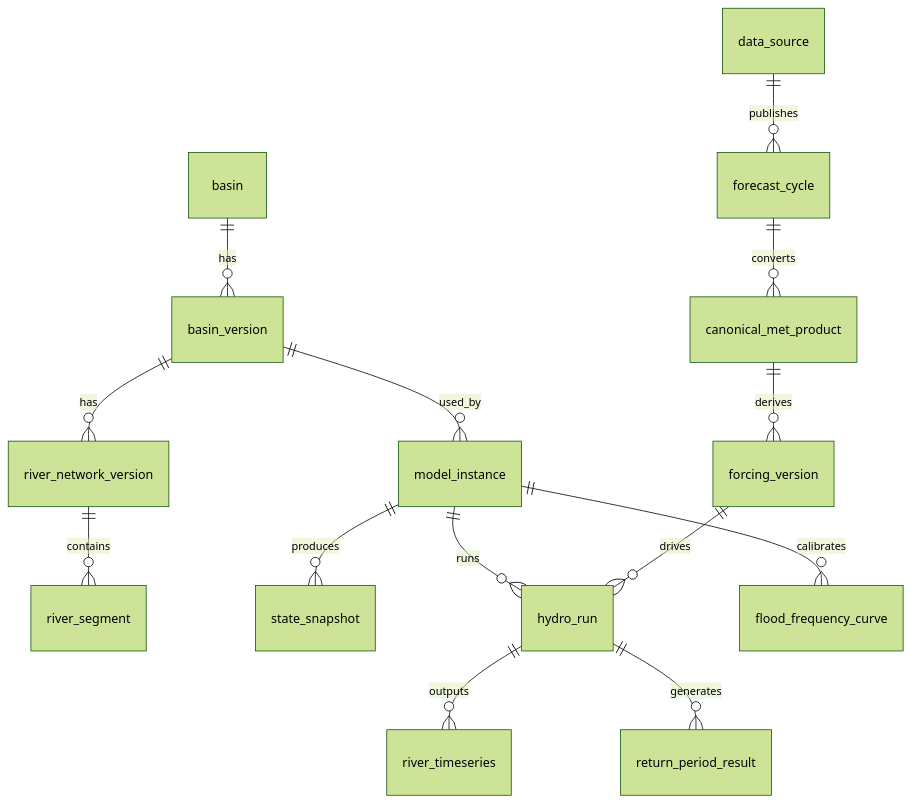
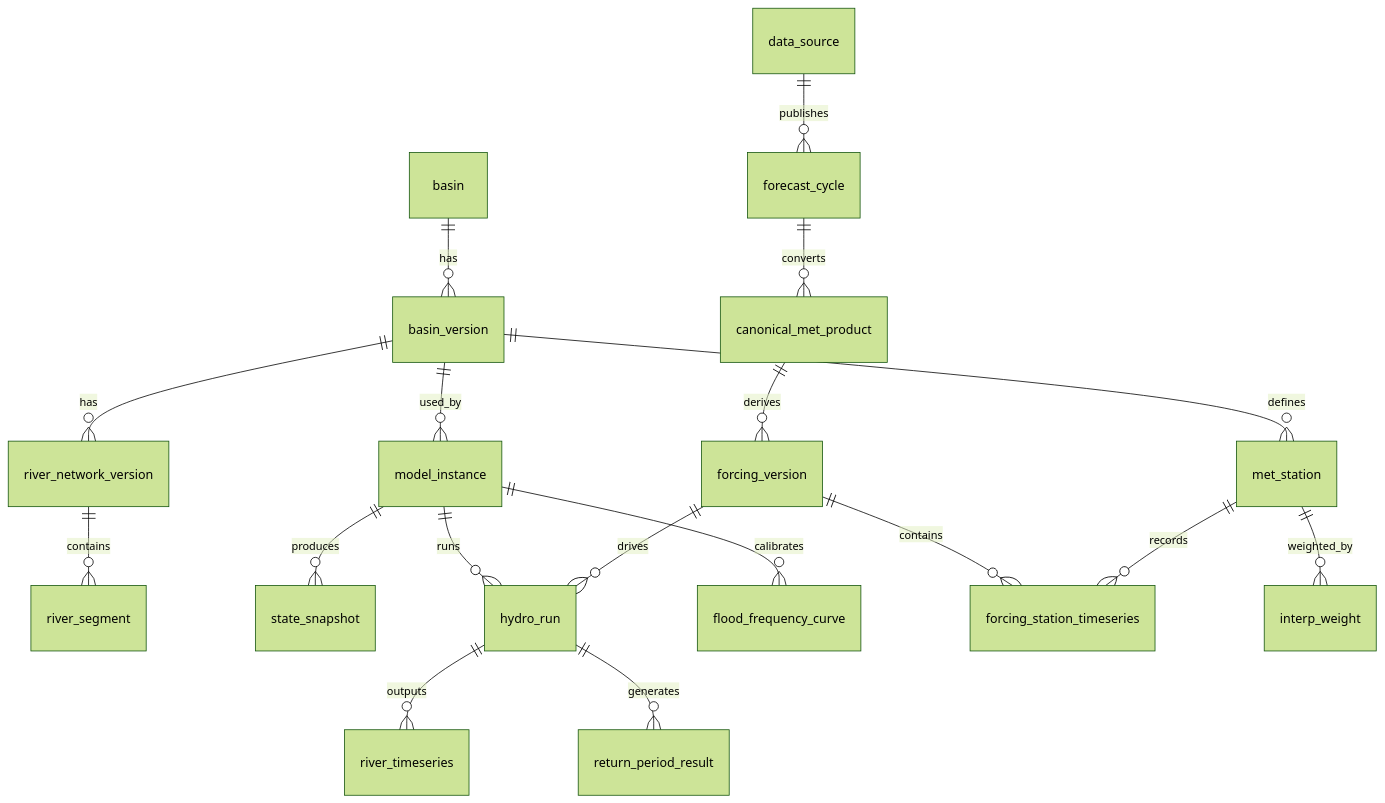
Before and after one commit to DankerMu/SHUD-NWM: the diagram in docs/spec/03_database_design.md, drawn with Mermaid (forest theme). The commit also changed other lines of this file and 19 other files, not shown here.

````diff
--- a/docs/spec/03_database_design.md
+++ b/docs/spec/03_database_design.md
@@ -27,16 +27,20 @@
 ```mermaid
 erDiagram
   basin ||--o{ basin_version : has
   basin_version ||--o{ river_network_version : has
+  basin_version ||--o{ met_station : defines
   river_network_version ||--o{ river_segment : contains
   basin_version ||--o{ model_instance : used_by
   model_instance ||--o{ state_snapshot : produces
   model_instance ||--o{ hydro_run : runs
   hydro_run ||--o{ river_timeseries : outputs
+  hydro_run ||--o{ return_period_result : generates
   model_instance ||--o{ flood_frequency_curve : calibrates
-  hydro_run ||--o{ return_period_result : generates
   data_source ||--o{ forecast_cycle : publishes
   forecast_cycle ||--o{ canonical_met_product : converts
   canonical_met_product ||--o{ forcing_version : derives
   forcing_version ||--o{ hydro_run : drives
+  forcing_version ||--o{ forcing_station_timeseries : contains
+  met_station ||--o{ interp_weight : weighted_by
+  met_station ||--o{ forcing_station_timeseries : records
 ```
````
